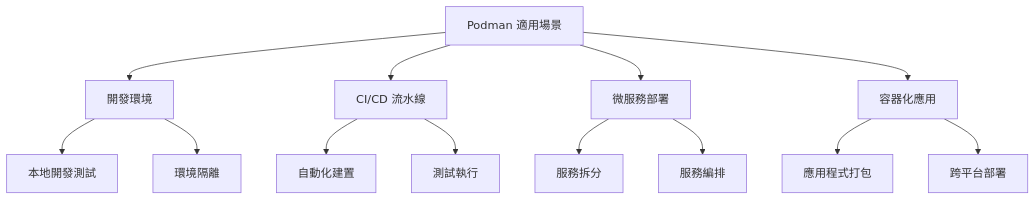
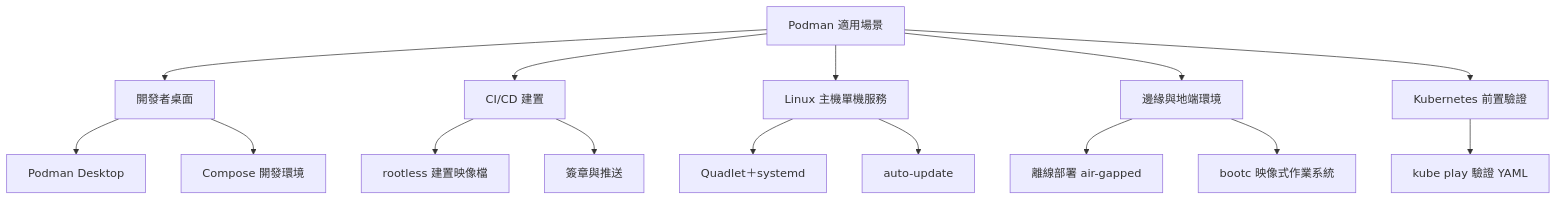
One commit to chihhung/Blog changed the second of 18 diagrams in content/posts/教學/工具/Podman使用教學.md. Above: the diagram before and after it, drawn with Mermaid. The commit also changed other lines of this file and 10 other files, not shown here.

````diff
--- a/content/posts/教學/工具/Podman使用教學.md
+++ b/content/posts/教學/工具/Podman使用教學.md
@@ -171,19 +294,18 @@
 ```mermaid
 graph TD
-    A[Podman 適用場景] --> B[開發環境]
-    A --> C[CI/CD 流水線]
-    A --> D[微服務部署]
-    A --> E[容器化應用]
-    
-    B --> B1[本地開發測試]
-    B --> B2[環境隔離]
-    
-    C --> C1[自動化建置]
-    C --> C2[測試執行]
-    
-    D --> D1[服務拆分]
-    D --> D2[服務編排]
-    
-    E --> E1[應用程式打包]
-    E --> E2[跨平台部署]
+    A[Podman 適用場景] --> B[開發者桌面]
+    A --> C[CI/CD 建置]
+    A --> D[Linux 主機單機服務]
+    A --> E[邊緣與地端環境]
+    A --> F[Kubernetes 前置驗證]
+
+    B --> B1[Podman Desktop]
+    B --> B2[Compose 開發環境]
+    C --> C1[rootless 建置映像檔]
+    C --> C2[簽章與推送]
+    D --> D1[Quadlet＋systemd]
+    D --> D2[auto-update]
+    E --> E1[離線部署 air-gapped]
+    E --> E2[bootc 映像式作業系統]
+    F --> F1[kube play 驗證 YAML]
 ```
````
